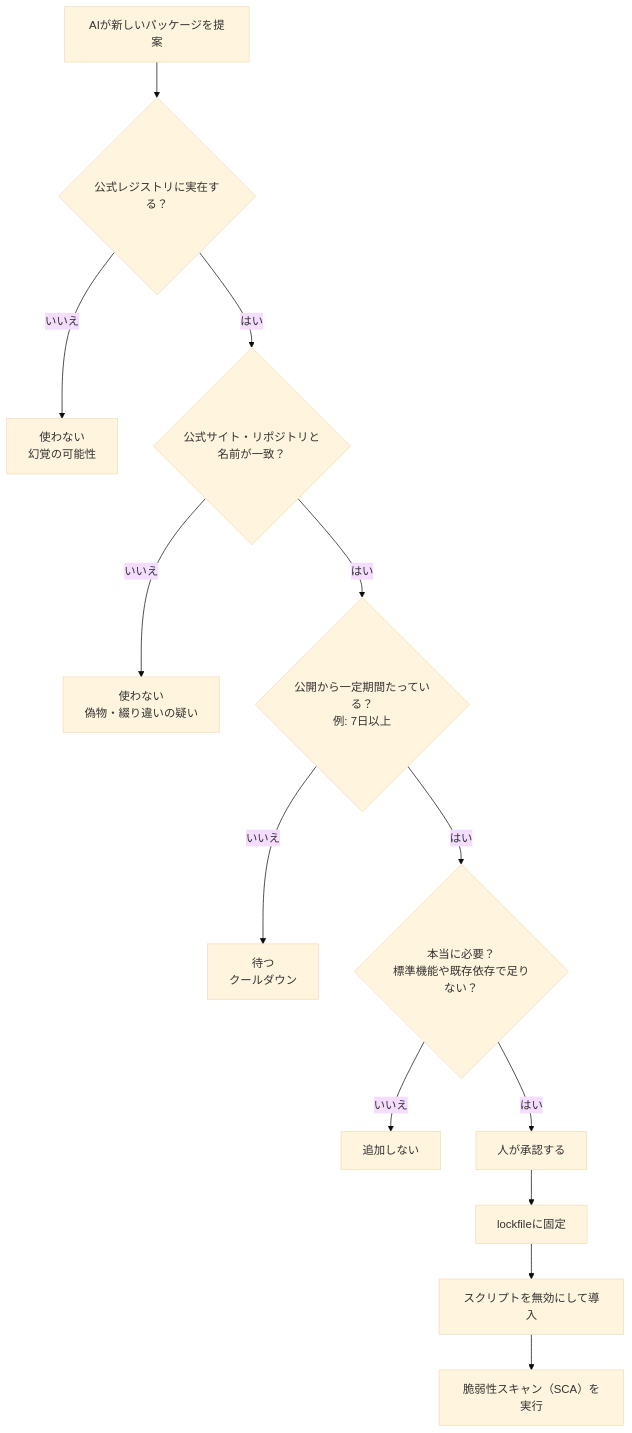
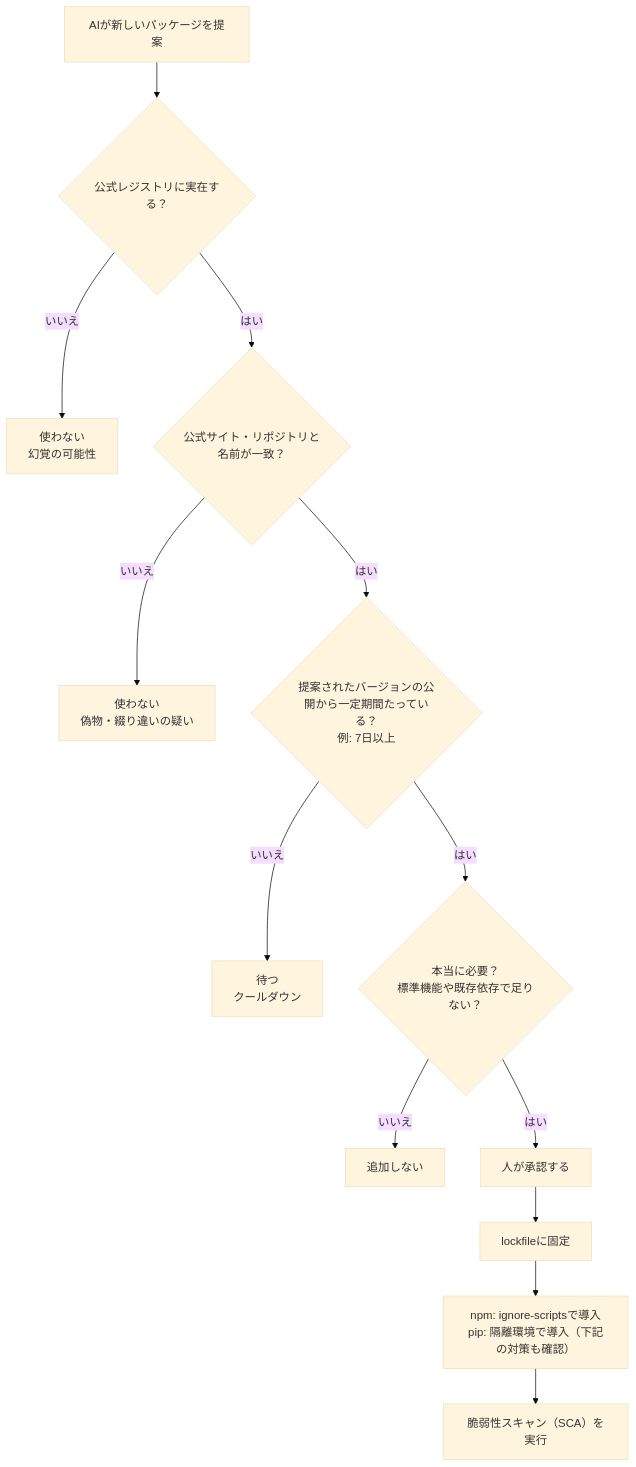
Before and after one commit to myoshi2891/Security_Studies: the sixth of 9 diagrams in Ai-coding-safety-guide.md, drawn with Mermaid (base theme). The commit also changed other lines of this file, not shown here.

First line of the commit message:
docs(ai-coding): clarify pip isolation, transitive dependency pinning, and config audits

````diff
--- a/Ai-coding-safety-guide.md
+++ b/Ai-coding-safety-guide.md
@@ -466,15 +466,15 @@
 ```mermaid
 flowchart TD
     A["AIが新しいパッケージを提案"] --> B{"公式レジストリに実在する？"}
     B -->|"いいえ"| X1["使わない<br/>幻覚の可能性"]
     B -->|"はい"| C{"公式サイト・リポジトリと名前が一致？"}
     C -->|"いいえ"| X2["使わない<br/>偽物・綴り違いの疑い"]
-    C -->|"はい"| D{"公開から一定期間たっている？<br/>例: 7日以上"}
+    C -->|"はい"| D{"提案されたバージョンの公開から一定期間たっている？<br/>例: 7日以上"}
     D -->|"いいえ"| X3["待つ<br/>クールダウン"]
     D -->|"はい"| E{"本当に必要？<br/>標準機能や既存依存で足りない？"}
     E -->|"いいえ"| X4["追加しない"]
     E -->|"はい"| F["人が承認する"]
     F --> G["lockfileに固定"]
-    G --> H["スクリプトを無効にして導入"]
+    G --> H["npm: ignore-scriptsで導入<br/>pip: 隔離環境で導入（下記の対策も確認）"]
     H --> I["脆弱性スキャン（SCA）を実行"]
 ```
````
